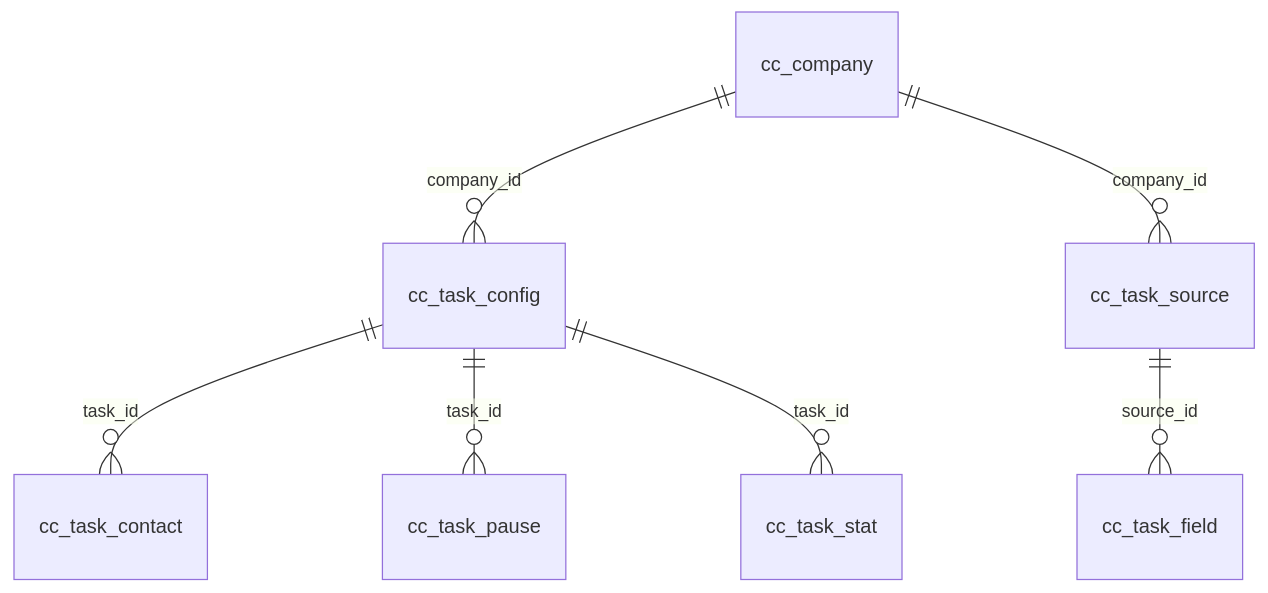
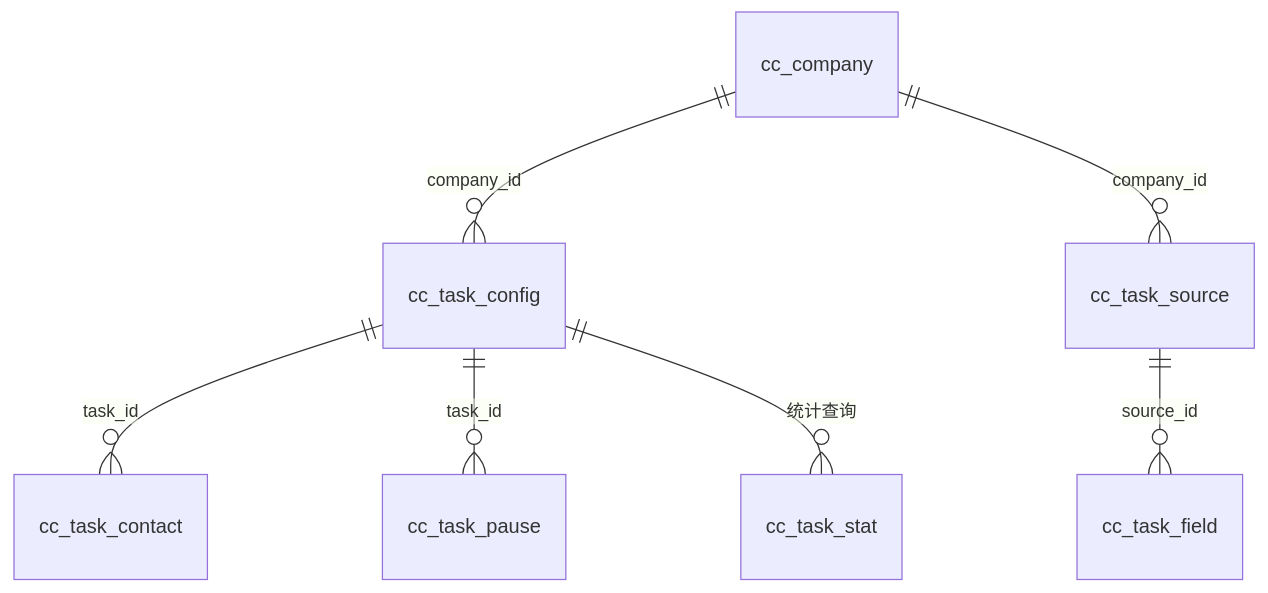
The ninth of 9 diagrams in docs/03-数据模型.md (dongjb741280/ai-call-center), drawn with Mermaid before and after one commit. The commit also changed other lines of this file and 5 other files, not shown here.

````diff
--- a/docs/03-数据模型.md
+++ b/docs/03-数据模型.md
@@ -170,9 +172,9 @@
 ```mermaid
 erDiagram
     cc_company ||--o{ cc_task_config : "company_id"
     cc_company ||--o{ cc_task_source : "company_id"
     cc_task_source ||--o{ cc_task_field : "source_id"
     cc_task_config ||--o{ cc_task_contact : "task_id"
     cc_task_config ||--o{ cc_task_pause : "task_id"
-    cc_task_config ||--o{ cc_task_stat : "task_id"
+    cc_task_config ||--o{ cc_task_stat : "统计查询"
 ```
````
